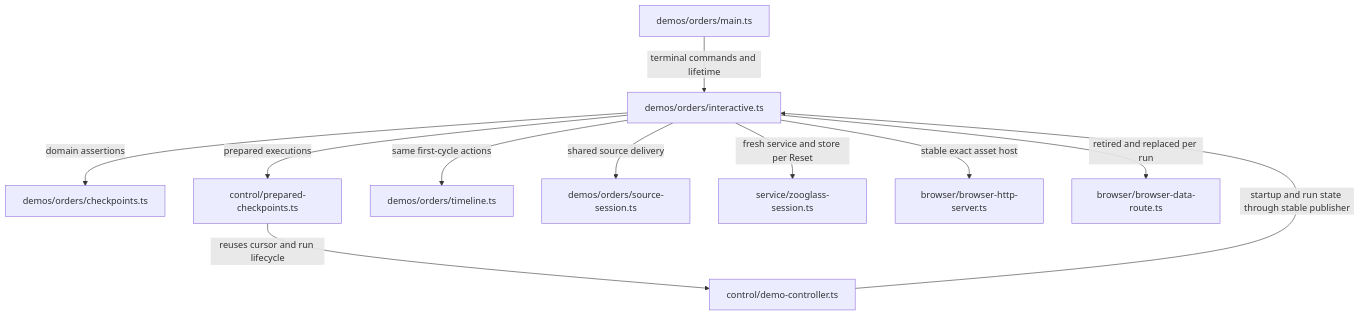
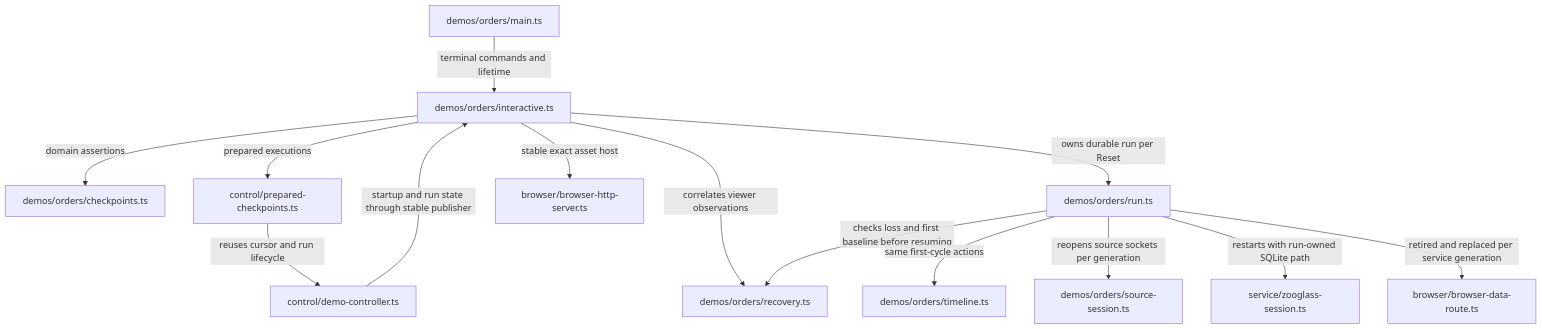
Before and after one commit to sproates/zooglass: the tenth of 11 diagrams in workbench/docs/source-map.md, drawn with Mermaid. The commit also changed other lines of this file and 25 other files, not shown here.

Commit message:
Demonstrate durable Order recovery and protected access

````diff
--- a/workbench/docs/source-map.md
+++ b/workbench/docs/source-map.md
@@ -452,13 +452,16 @@
 ```mermaid
 flowchart TB
   main["demos/orders/main.ts"] -->|terminal commands and lifetime| interactive["demos/orders/interactive.ts"]
   interactive -->|domain assertions| checkpoints["demos/orders/checkpoints.ts"]
   interactive -->|prepared executions| prepared["control/prepared-checkpoints.ts"]
   prepared -->|reuses cursor and run lifecycle| controller["control/demo-controller.ts"]
   controller -->|startup and run state through stable publisher| interactive
-  interactive -->|same first-cycle actions| timeline["demos/orders/timeline.ts"]
-  interactive -->|shared source delivery| sources["demos/orders/source-session.ts"]
-  interactive -->|fresh service and store per Reset| service["service/zooglass-session.ts"]
+  interactive -->|owns durable run per Reset| run["demos/orders/run.ts"]
+  interactive -->|correlates viewer observations| recovery["demos/orders/recovery.ts"]
+  run -->|checks loss and first baseline before resuming| recovery
+  run -->|same first-cycle actions| timeline["demos/orders/timeline.ts"]
+  run -->|reopens source sockets per generation| sources["demos/orders/source-session.ts"]
+  run -->|restarts with run-owned SQLite path| service["service/zooglass-session.ts"]
   interactive -->|stable exact asset host| http["browser/browser-http-server.ts"]
-  interactive -->|retired and replaced per run| route["browser/browser-data-route.ts"]
+  run -->|retired and replaced per service generation| route["browser/browser-data-route.ts"]
 ```
````
